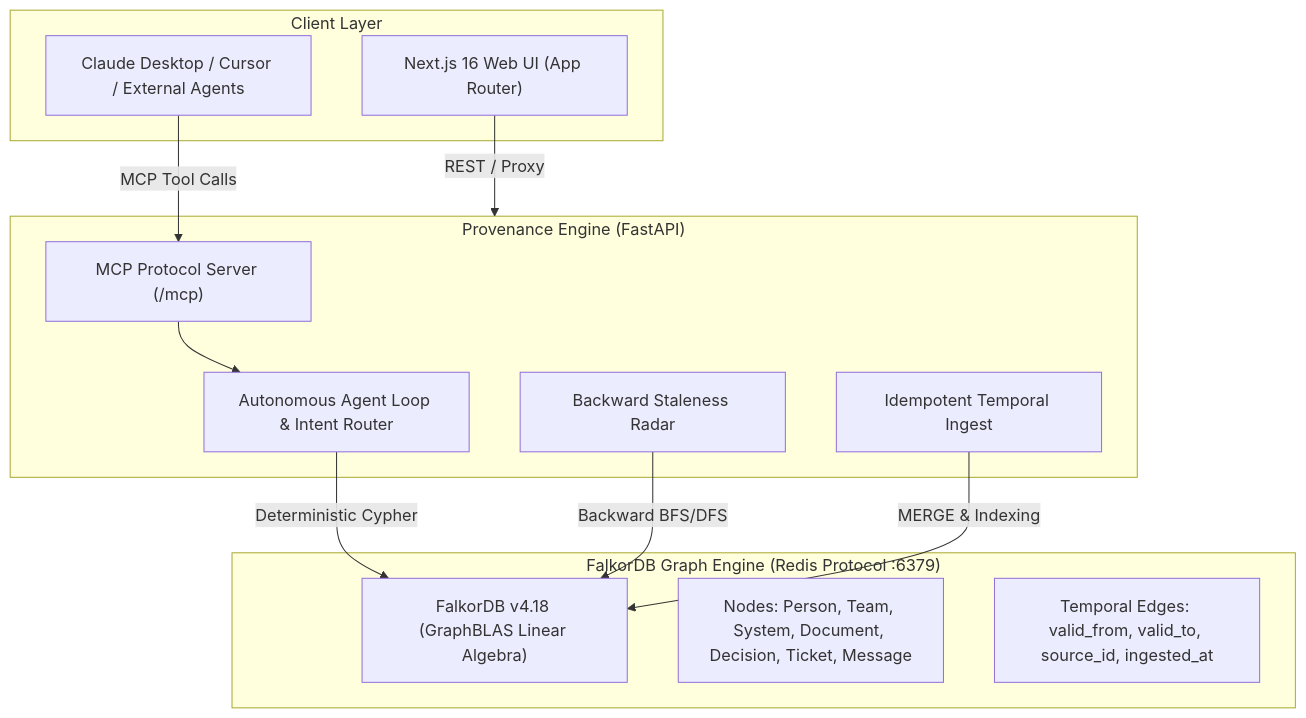
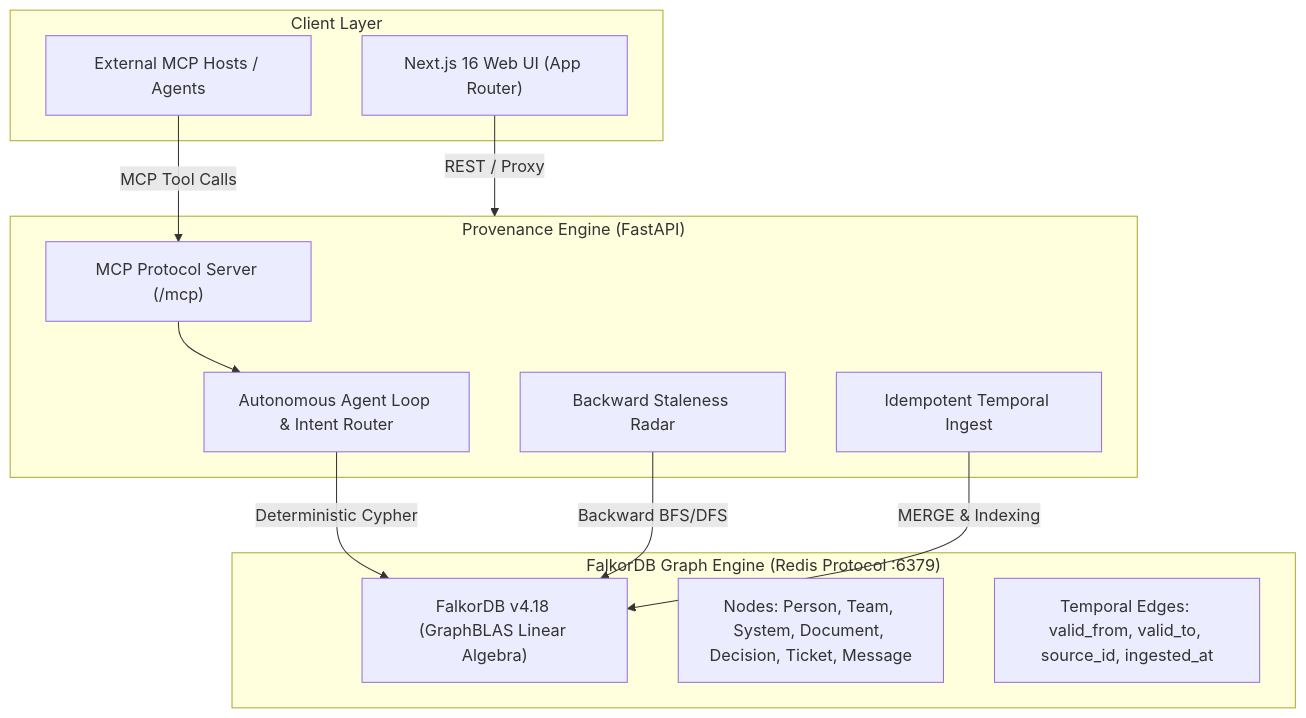
Before and after one commit to MohamedAshiq09/provenance: the diagram in README.md, drawn with Mermaid. The commit also changed other lines of this file and 3 other files, not shown here.

Commit message:
docs: drop Claude references, document Inspector over real MCP

````diff
--- a/README.md
+++ b/README.md
@@ -33,27 +33,27 @@
 ```mermaid
 flowchart TD
     subgraph Client ["Client Layer"]
         UI["Next.js 16 Web UI (App Router)"]
-        Claude["Claude Desktop / Cursor / External Agents"]
+        ExtAgents["External MCP Hosts / Agents"]
     end
 
     subgraph Backend ["Provenance Engine (FastAPI)"]
         Agent["Autonomous Agent Loop & Intent Router"]
         MCP["MCP Protocol Server (/mcp)"]
         StalenessEngine["Backward Staleness Radar"]
         IngestEngine["Idempotent Temporal Ingest"]
     end
 
     subgraph Storage ["FalkorDB Graph Engine (Redis Protocol :6379)"]
         GraphBLAS["FalkorDB v4.18 (GraphBLAS Linear Algebra)"]
         Nodes["Nodes: Person, Team, System, Document, Decision, Ticket, Message"]
         Edges["Temporal Edges: valid_from, valid_to, source_id, ingested_at"]
     end
 
     UI -->|REST / Proxy| Backend
-    Claude -->|MCP Tool Calls| MCP
+    ExtAgents -->|MCP Tool Calls| MCP
     MCP --> Agent
     Agent -->|Deterministic Cypher| GraphBLAS
     StalenessEngine -->|Backward BFS/DFS| GraphBLAS
     IngestEngine -->|MERGE & Indexing| GraphBLAS
 ```
````
